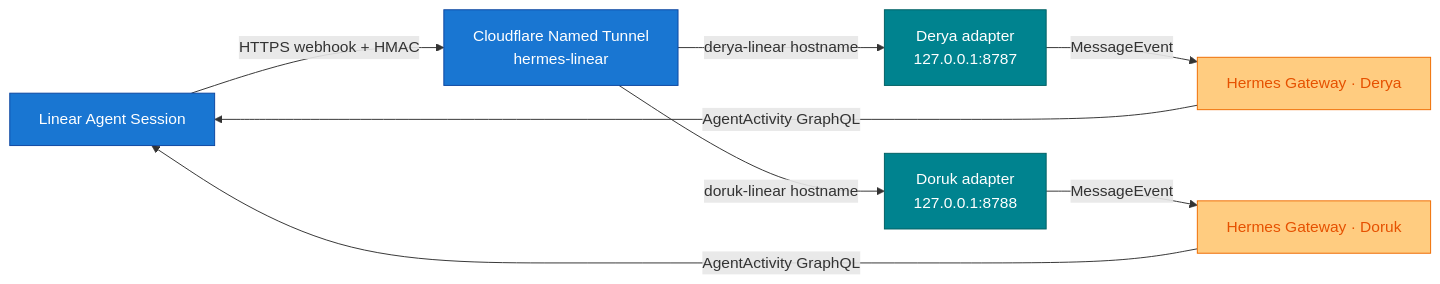
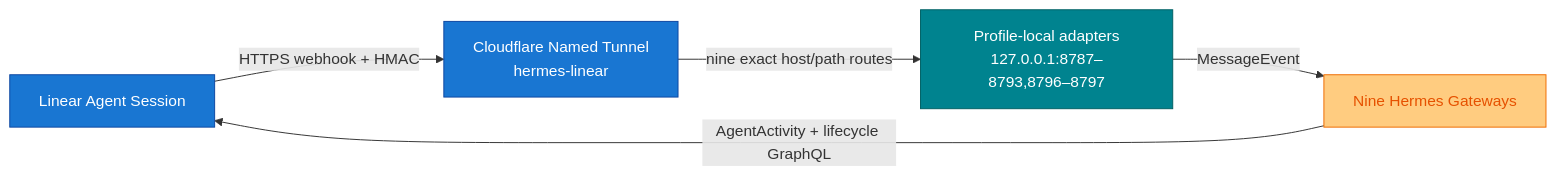
One commit to mpolatcan/hermes-setup changed the diagram in integrations/linear-hermes-platform/README.md. Above: the diagram before and after it, drawn with Mermaid. The commit also changed other lines of this file and 2 other files, not shown here.

Commit message:
Align Linear fleet deployment and networking docs

````diff
--- a/integrations/linear-hermes-platform/README.md
+++ b/integrations/linear-hermes-platform/README.md
@@ -7,14 +7,11 @@
 ```mermaid
 flowchart LR
     L["Linear Agent Session"]:::net -->|"HTTPS webhook + HMAC"| C["Cloudflare Named Tunnel<br/>hermes-linear"]:::net
-    C -->|"derya-linear hostname"| AD["Derya adapter<br/>127.0.0.1:8787"]:::svc
-    C -->|"doruk-linear hostname"| AR["Doruk adapter<br/>127.0.0.1:8788"]:::svc
-    AD -->|"MessageEvent"| GD["Hermes Gateway · Derya"]:::codex
-    AR -->|"MessageEvent"| GR["Hermes Gateway · Doruk"]:::codex
-    GD -->|"AgentActivity GraphQL"| L
-    GR -->|"AgentActivity GraphQL"| L
+    C -->|"nine exact host/path routes"| A["Profile-local adapters<br/>127.0.0.1:8787–8793,8796–8797"]:::svc
+    A -->|"MessageEvent"| G["Nine Hermes Gateways"]:::codex
+    G -->|"AgentActivity + lifecycle GraphQL"| L
 
     classDef net fill:#1976D2,stroke:#0D47A1,color:#fff
     classDef svc fill:#00838F,stroke:#006064,color:#fff
     classDef codex fill:#FFCC80,stroke:#EF6C00,color:#E65100
 ```
````
